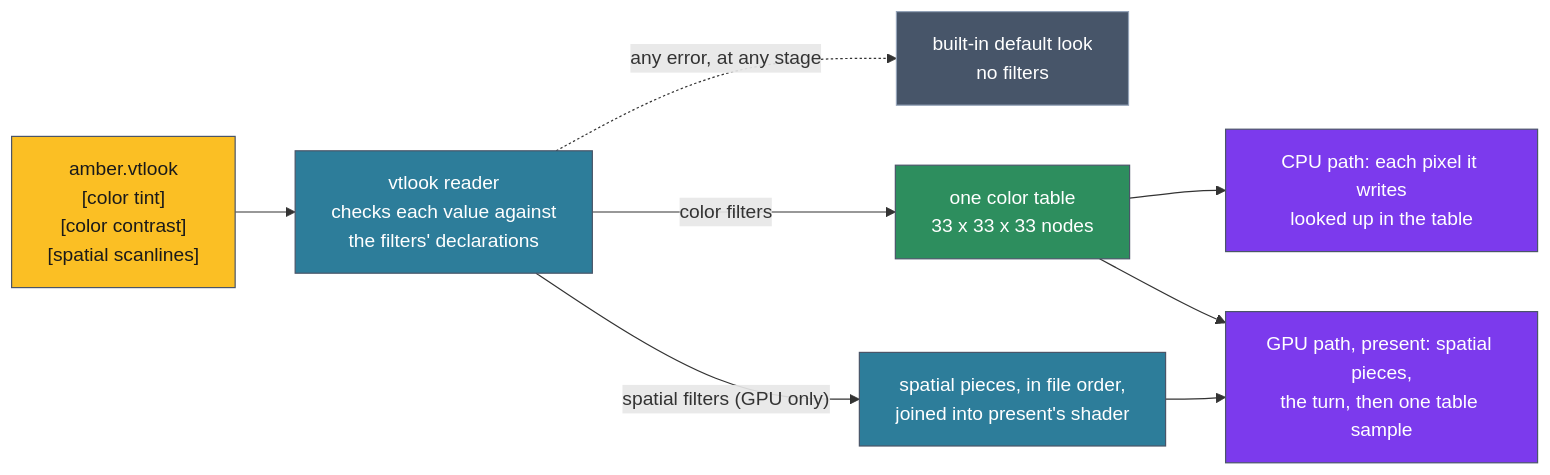
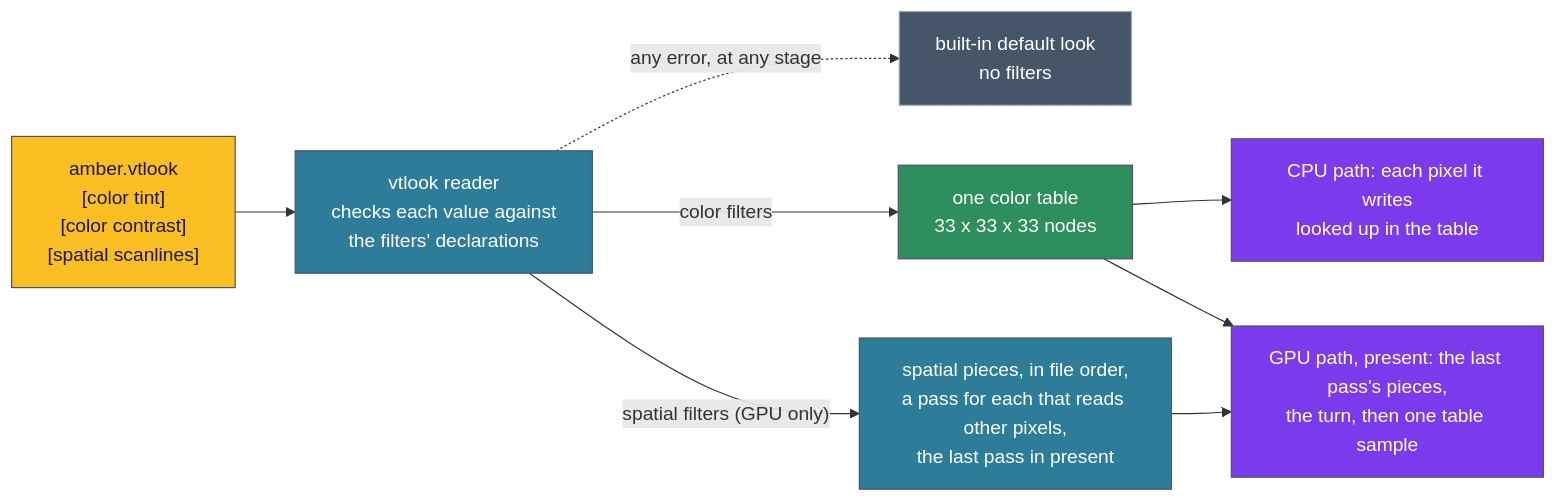
Before and after one commit to vtium/vtium: the diagram in docs/architecture/render/ADR-1304-vtium-s-frame-filters-are-built-in-and-a-vtlook-file-chooses-them-and-sets-their-parameters.md, drawn with Mermaid. The commit also changed other lines of this file, not shown here.

First line of the commit message:
docs(adr): ADR-1304 records the maintainer's three decisions on the shader measurement

````diff
--- a/docs/architecture/render/ADR-1304-vtium-s-frame-filters-are-built-in-and-a-vtlook-file-chooses-them-and-sets-their-parameters.md
+++ b/docs/architecture/render/ADR-1304-vtium-s-frame-filters-are-built-in-and-a-vtlook-file-chooses-them-and-sets-their-parameters.md
@@ -258,22 +278,22 @@
 ```mermaid
 flowchart LR
     L["amber.vtlook<br>[color tint]<br>[color contrast]<br>[spatial scanlines]"]:::cfg
     R["vtlook reader<br>checks each value against<br>the filters' declarations"]:::proc
     D["built-in default look<br>no filters"]:::fall
     T["one color table<br>33 x 33 x 33 nodes"]:::data
-    G["spatial pieces, in file order,<br>joined into present's shader"]:::proc
+    G["spatial pieces, in file order,<br>a pass for each that reads other pixels,<br>the last pass in present"]:::proc
     C["CPU path: each pixel it writes<br>looked up in the table"]:::path
-    P["GPU path, present: spatial pieces,<br>the turn, then one table sample"]:::path
+    P["GPU path, present: the last pass's pieces,<br>the turn, then one table sample"]:::path
     L --> R
     R -->|color filters| T
     R -->|"spatial filters (GPU only)"| G
     R -.->|"any error, at any stage"| D
     T --> C
     T --> P
     G --> P
     classDef cfg fill:#fbbf24,color:#1a1a1a,stroke:#4a5568
     classDef proc fill:#2d7d9a,color:#ffffff,stroke:#4a5568
     classDef data fill:#2d8e5e,color:#ffffff,stroke:#4a5568
     classDef path fill:#7c3aed,color:#ffffff,stroke:#4a5568
     classDef fall fill:#475569,color:#ffffff,stroke:#94a3b8
 ```
````
